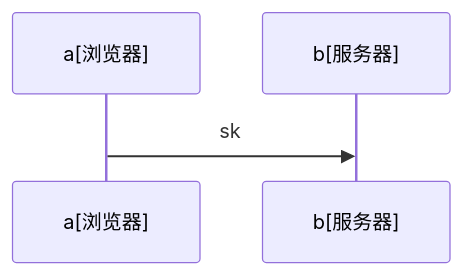
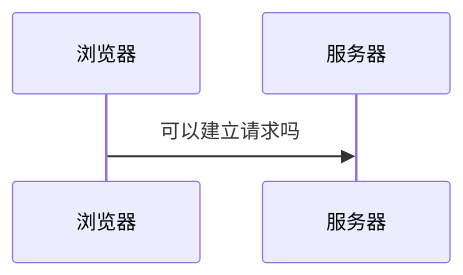
One commit to Echo-Yanglulu/obsidianPrivateNote changed the diagram in 交流顺序图.md. Above: the diagram before and after it, drawn with Mermaid.

Commit message:
backup: 2022-07-09 13:04:58
Affected files:
交流顺序图.md

````diff
--- a/交流顺序图.md
+++ b/交流顺序图.md
@@ -1,4 +1,5 @@
 ``` mermaid
 sequenceDiagram
-a[浏览器]->>b[服务器]: sk
+浏览器 ->> 服务器: 可以建立请求吗
+
 ```
````
